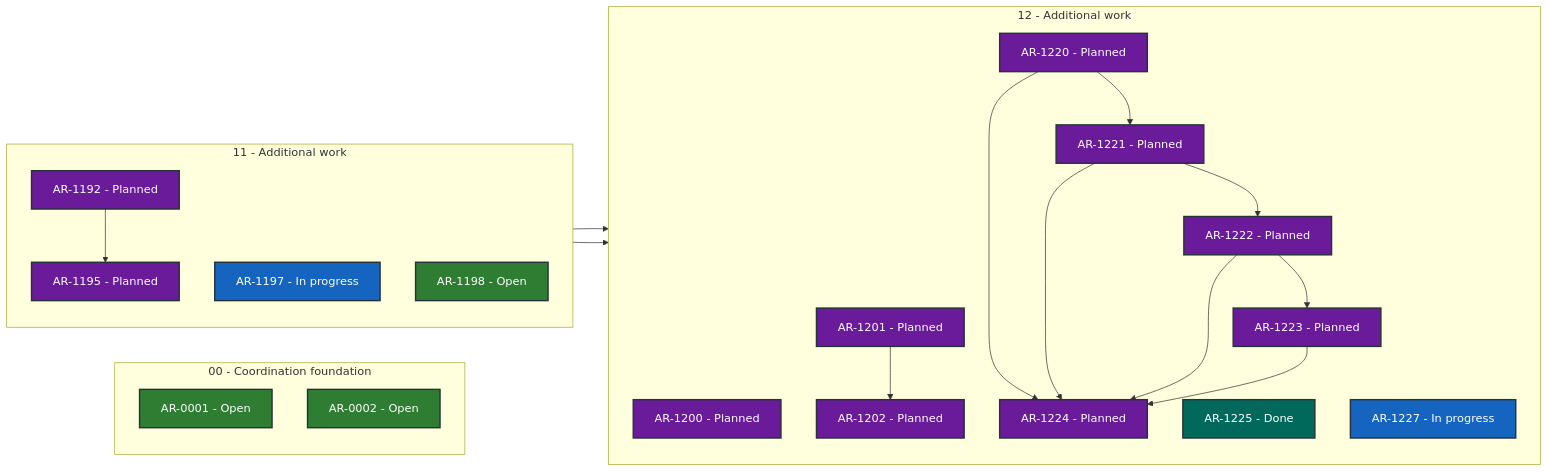
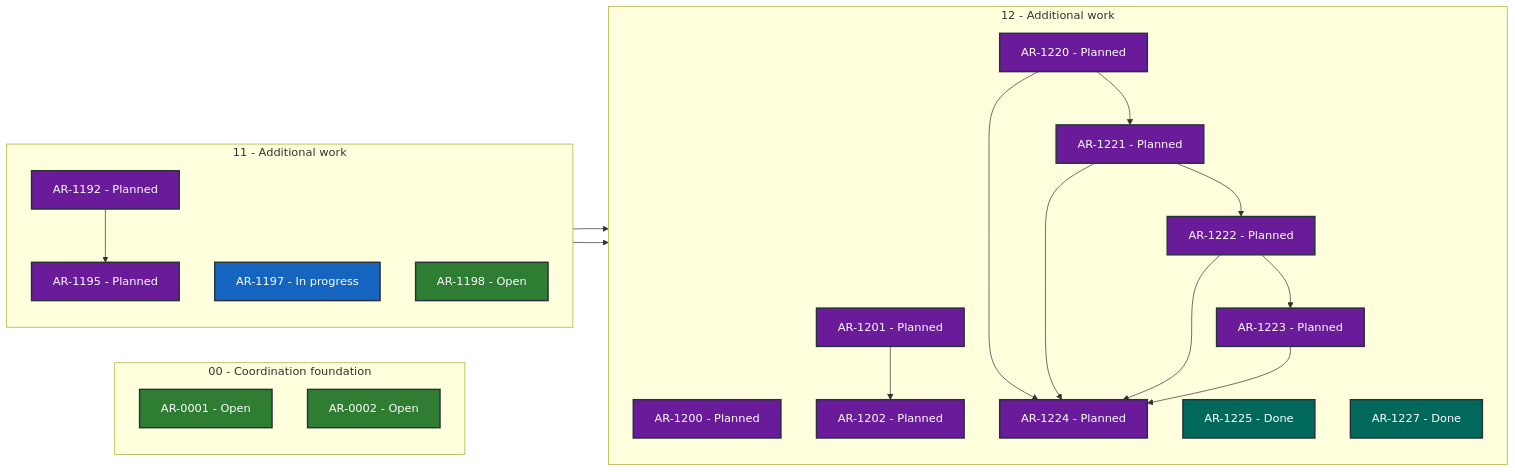
Before and after one commit to martin-beck/asb-tui-state: the diagram in STATUS.md, drawn with Mermaid. The commit also changed other lines of this file and 2 other files, not shown here.

````diff
--- a/STATUS.md
+++ b/STATUS.md
@@ -27,47 +27,47 @@
 ```mermaid
 flowchart LR
     subgraph series_00["00 - Coordination foundation"]
         direction TB
         AR_0001["AR-0001 - Open"]:::status_open
         AR_0002["AR-0002 - Open"]:::status_open
     end
     subgraph series_11["11 - Additional work"]
         direction TB
         AR_1192["AR-1192 - Planned"]:::status_planned
         AR_1195["AR-1195 - Planned"]:::status_planned
         AR_1197["AR-1197 - In progress"]:::status_in_progress
         AR_1198["AR-1198 - Open"]:::status_open
     end
     subgraph series_12["12 - Additional work"]
         direction TB
         AR_1200["AR-1200 - Planned"]:::status_planned
         AR_1201["AR-1201 - Planned"]:::status_planned
         AR_1202["AR-1202 - Planned"]:::status_planned
         AR_1220["AR-1220 - Planned"]:::status_planned
         AR_1221["AR-1221 - Planned"]:::status_planned
         AR_1222["AR-1222 - Planned"]:::status_planned
         AR_1223["AR-1223 - Planned"]:::status_planned
         AR_1224["AR-1224 - Planned"]:::status_planned
         AR_1225["AR-1225 - Done"]:::status_done
-        AR_1227["AR-1227 - In progress"]:::status_in_progress
+        AR_1227["AR-1227 - Done"]:::status_done
     end
     AR_1192 --> AR_1195
     AR_1195 --> AR_1200
     AR_1197 --> AR_1201
     AR_1201 --> AR_1202
     AR_1220 --> AR_1221
     AR_1220 --> AR_1224
     AR_1221 --> AR_1222
     AR_1221 --> AR_1224
     AR_1222 --> AR_1223
     AR_1222 --> AR_1224
     AR_1223 --> AR_1224
     classDef status_in_progress fill:#1565c0,color:#ffffff,stroke:#263238,stroke-width:2px
     classDef status_open fill:#2e7d32,color:#ffffff,stroke:#263238,stroke-width:2px
     classDef status_blocked fill:#c62828,color:#ffffff,stroke:#263238,stroke-width:2px
     classDef status_planned fill:#6a1b9a,color:#ffffff,stroke:#263238,stroke-width:2px
     classDef status_future fill:#455a64,color:#ffffff,stroke:#263238,stroke-width:2px
     classDef status_done fill:#00695c,color:#ffffff,stroke:#263238,stroke-width:2px
     classDef status_cancelled fill:#616161,color:#ffffff,stroke:#263238,stroke-width:2px
     classDef status_superseded fill:#5d4037,color:#ffffff,stroke:#263238,stroke-width:2px
 ```
````
